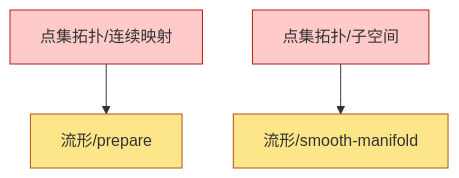
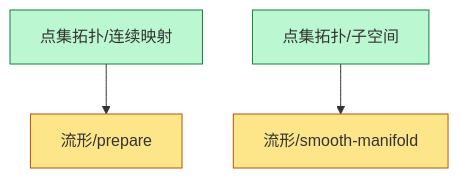
Before and after one commit to zeroDtree/zeroDtree.github.io: the diagram in content/流形/dependency_graph.md, drawn with Mermaid. The commit also changed 22 other files, not shown here.

````diff
--- a/content/流形/dependency_graph.md
+++ b/content/流形/dependency_graph.md
@@ -1,11 +1,9 @@
 ```mermaid
 graph TD
 1["点集拓扑/连续映射"] --> 0["流形/prepare"]
 3["点集拓扑/子空间"] --> 2["流形/smooth-manifold"]
 classDef leaf fill:#fde68a,stroke:#b45309
 class 0,2 leaf
-classDef root fill:#bfdbfe,stroke:#1d4ed8
-class 4 root
-classDef externalRoot fill:#fecaca,stroke:#b91c1c
-class 1,3 externalRoot
+classDef foundationRoot fill:#bbf7d0,stroke:#15803d
+class 1,3 foundationRoot
 ```
````
